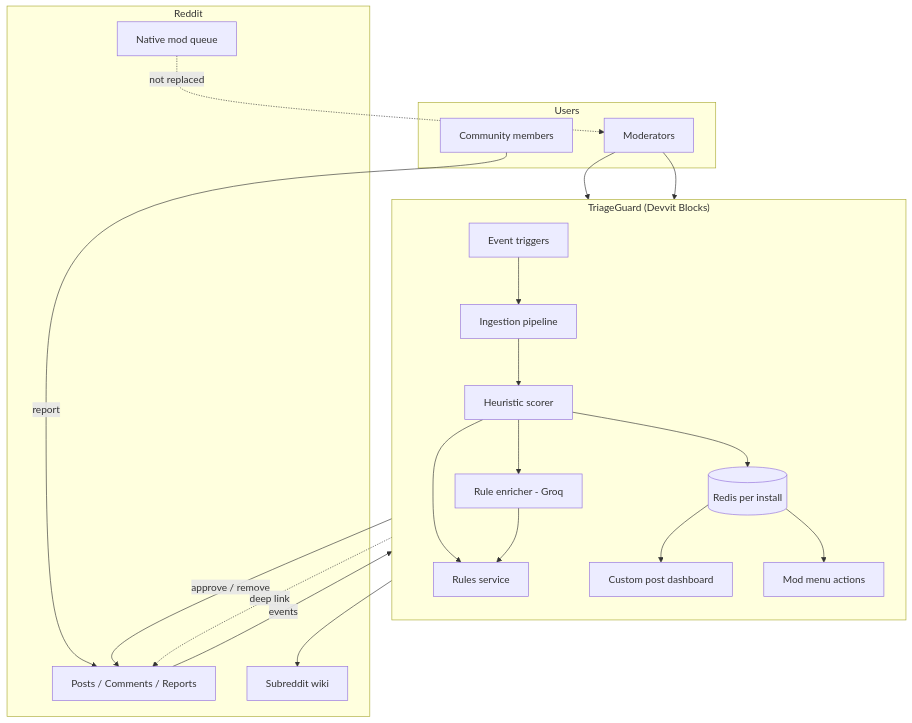
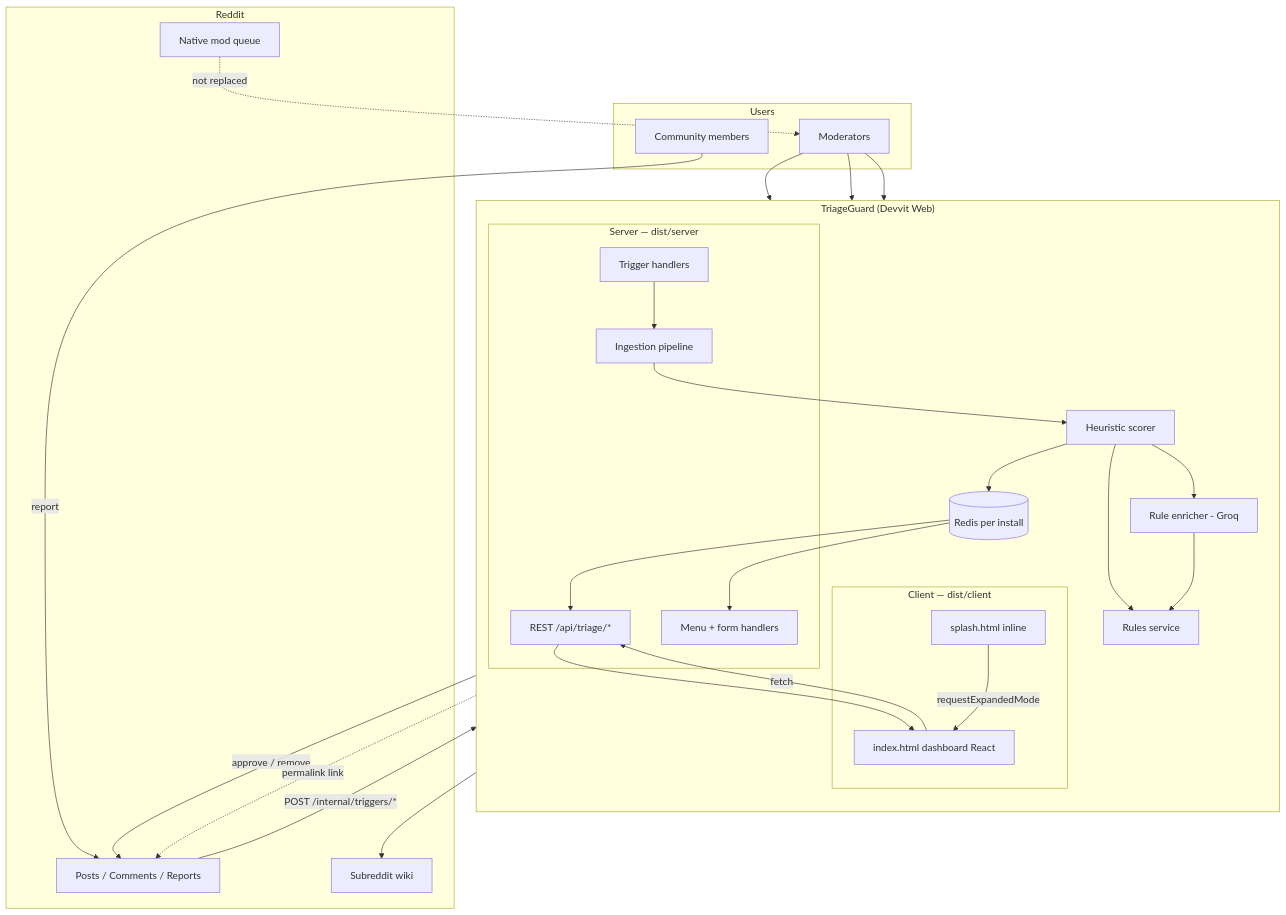
Before and after one commit to nag-gude/triageguard: the first of 6 diagrams in docs/ARCHITECTURE.md, drawn with Mermaid. The commit also changed other lines of this file and 33 other files, not shown here.

````diff
--- a/docs/ARCHITECTURE.md
+++ b/docs/ARCHITECTURE.md
@@ -5,40 +7,50 @@
 ```mermaid
 flowchart TB
   subgraph Users
     M[Moderators]
     U[Community members]
   end
 
   subgraph RedditPlatform["Reddit"]
     R[Posts / Comments / Reports]
     MQ[Native mod queue]
     W[Subreddit wiki]
   end
 
-  subgraph TriageGuard["TriageGuard (Devvit Blocks)"]
+  subgraph TriageGuard["TriageGuard (Devvit Web)"]
     direction TB
-    TR[Event triggers]
-    ING[Ingestion pipeline]
+    subgraph Client["Client — dist/client"]
+      SPL[splash.html inline]
+      DASH[index.html dashboard React]
+    end
+    subgraph Server["Server — dist/server"]
+      TR[Trigger handlers]
+      API[REST /api/triage/*]
+      MENU[Menu + form handlers]
+      ING[Ingestion pipeline]
+    end
     SCR[Heuristic scorer]
     WIK[Rules service]
     LLM[Rule enricher - Groq]
     RS[(Redis per install)]
-    DASH[Custom post dashboard]
-    MENU[Mod menu actions]
     TR --> ING --> SCR --> RS
     SCR --> WIK
     SCR --> LLM
     WIK --> W
     LLM --> WIK
-    RS --> DASH
+    RS --> API
     RS --> MENU
+    API --> DASH
+    SPL -->|requestExpandedMode| DASH
   end
 
   U -->|report| R
-  R -->|events| TR
+  R -->|POST /internal/triggers/*| TR
+  M --> SPL
   M --> DASH
   M --> MENU
+  DASH -->|fetch| API
   MENU -->|approve / remove| R
-  DASH -.->|deep link| R
+  DASH -.->|permalink link| R
   MQ -.->|not replaced| M
 ```
````
